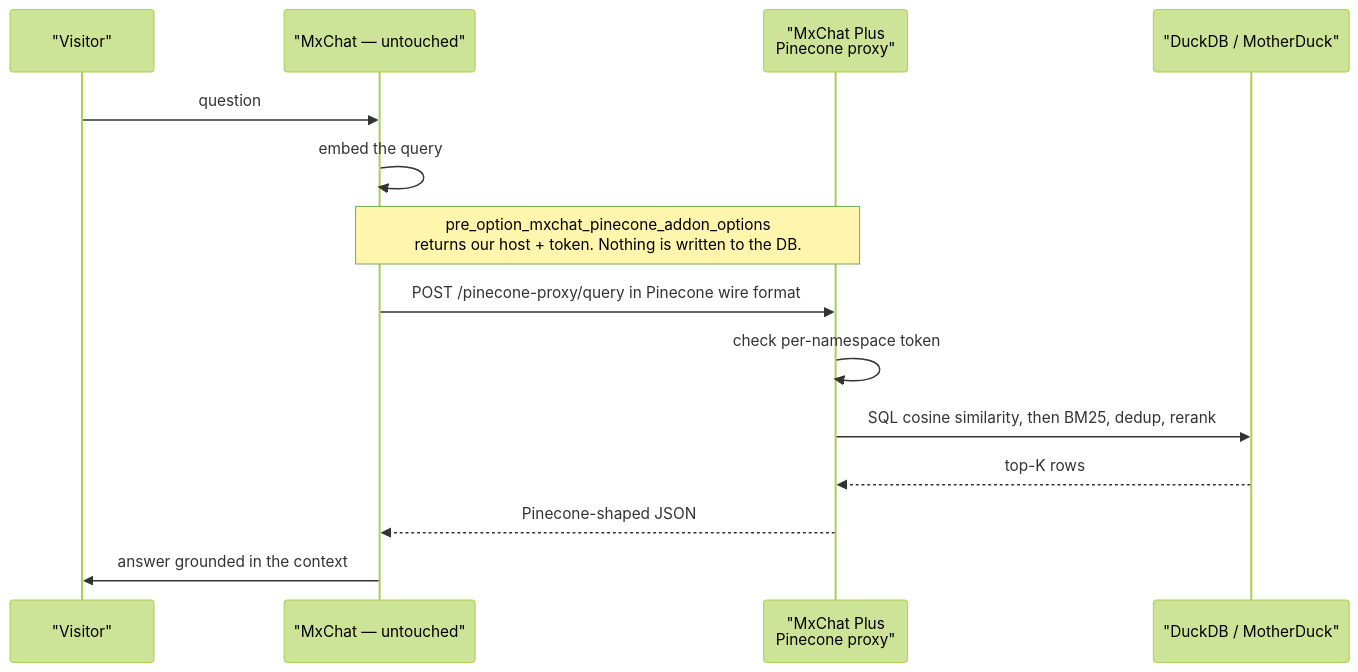
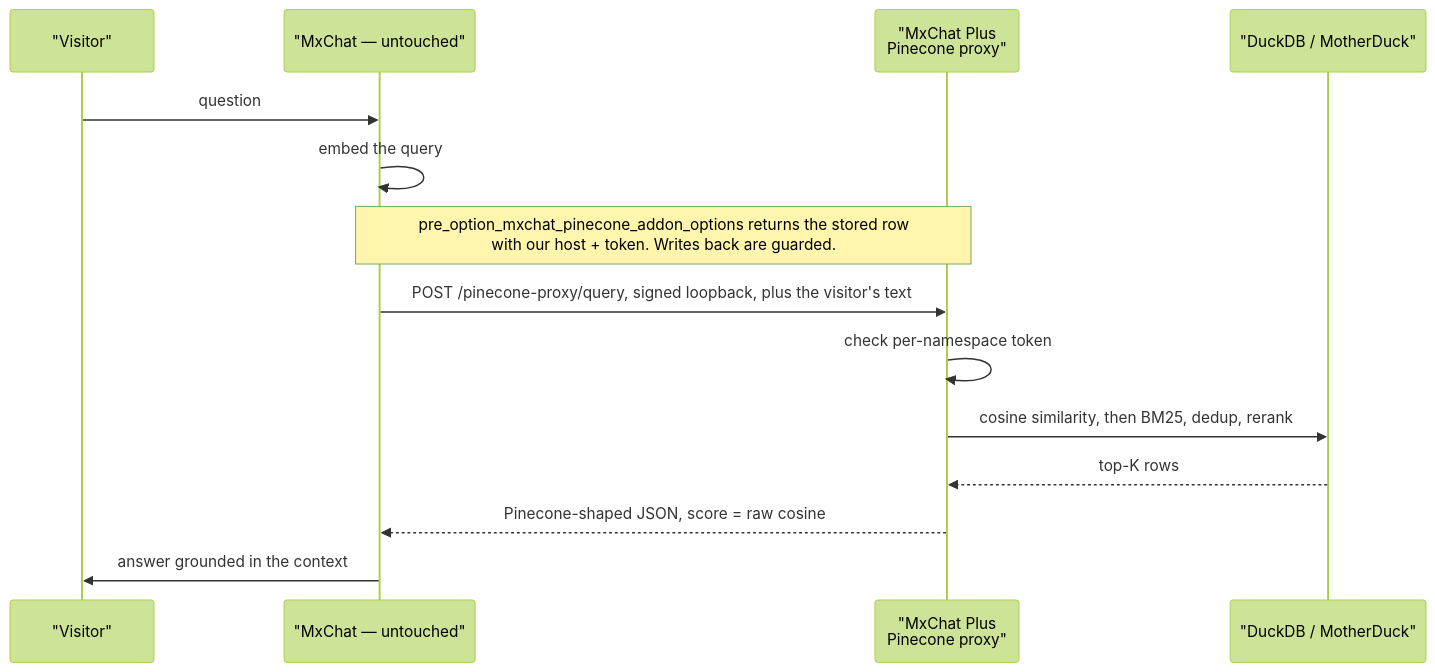
Before and after one commit to PaulArgoud/MxChat-Plus: the second of 3 diagrams in ARCHITECTURE.md, drawn with Mermaid (forest theme). The commit also changed other lines of this file and 101 other files, not shown here.

````diff
--- a/ARCHITECTURE.md
+++ b/ARCHITECTURE.md
@@ -100,17 +236,17 @@
 ```mermaid
 sequenceDiagram
     participant U as "Visitor"
     participant MX as "MxChat — untouched"
     participant PX as "MxChat Plus<br/>Pinecone proxy"
     participant DB as "DuckDB / MotherDuck"
 
     U->>MX: question
     MX->>MX: embed the query
-    Note over MX,PX: pre_option_mxchat_pinecone_addon_options<br/>returns our host + token. Nothing is written to the DB.
-    MX->>PX: POST /pinecone-proxy/query in Pinecone wire format
+    Note over MX,PX: pre_option_mxchat_pinecone_addon_options returns the stored row<br/>with our host + token. Writes back are guarded.
+    MX->>PX: POST /pinecone-proxy/query, signed loopback, plus the visitor's text
     PX->>PX: check per-namespace token
-    PX->>DB: SQL cosine similarity, then BM25, dedup, rerank
+    PX->>DB: cosine similarity, then BM25, dedup, rerank
     DB-->>PX: top-K rows
-    PX-->>MX: Pinecone-shaped JSON
+    PX-->>MX: Pinecone-shaped JSON, score = raw cosine
     MX->>U: answer grounded in the context
 ```
````
